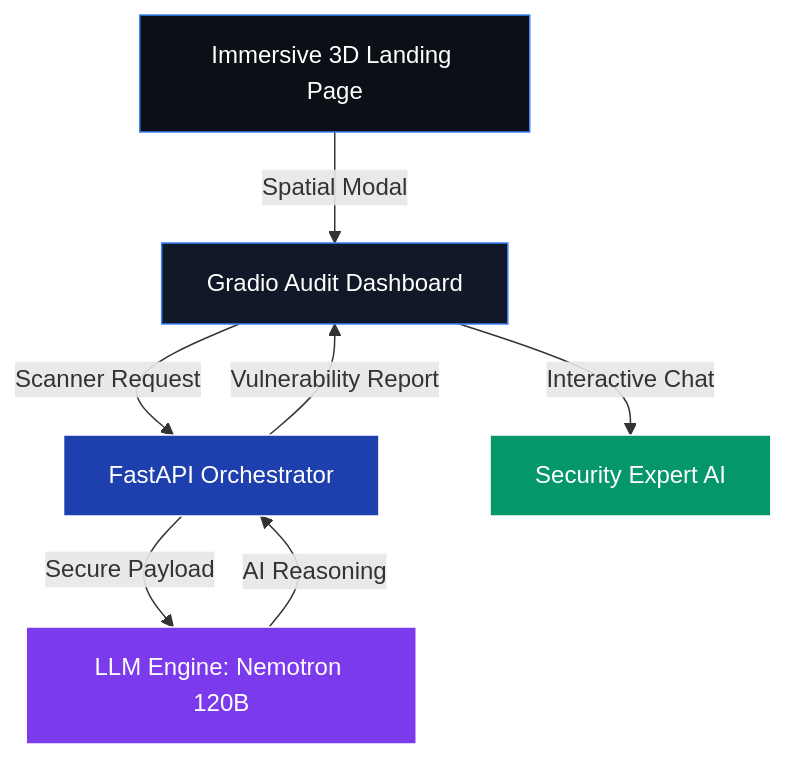
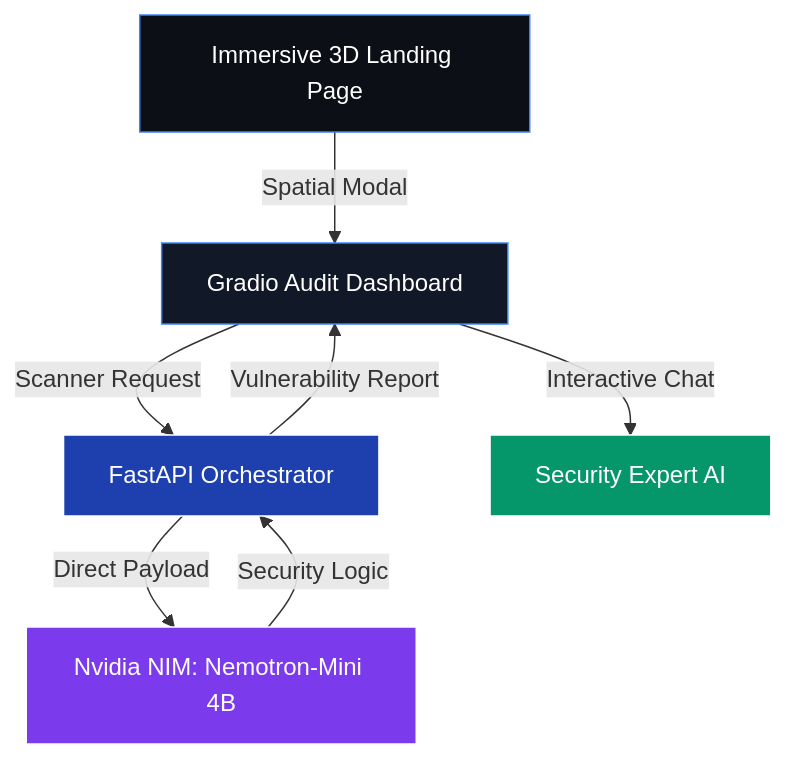
One commit to asifmohammed1/SecureStar-One changed the diagram in README.md. Above: the diagram before and after it, drawn with Mermaid. The commit also changed other lines of this file and 1 other file, not shown here.

````diff
--- a/README.md
+++ b/README.md
@@ -14,15 +14,15 @@
 ```mermaid
 graph TD
     A[Immersive 3D Landing Page] -->|Spatial Modal| B[Gradio Audit Dashboard]
     B -->|Scanner Request| C[FastAPI Orchestrator]
-    C -->|Secure Payload| D[LLM Engine: Nemotron 120B]
-    D -->|AI Reasoning| C
+    C -->|Direct Payload| D[Nvidia NIM: Nemotron-Mini 4B]
+    D -->|Security Logic| C
     C -->|Vulnerability Report| B
     B -->|Interactive Chat| E[Security Expert AI]
     
     style A fill:#0c0f16,stroke:#3b82f6,color:#fff
     style B fill:#111827,stroke:#3b82f6,color:#fff
     style C fill:#1e40af,stroke:#fff,color:#fff
     style D fill:#7c3aed,stroke:#fff,color:#fff
     style E fill:#059669,stroke:#fff,color:#fff
 ```
````
